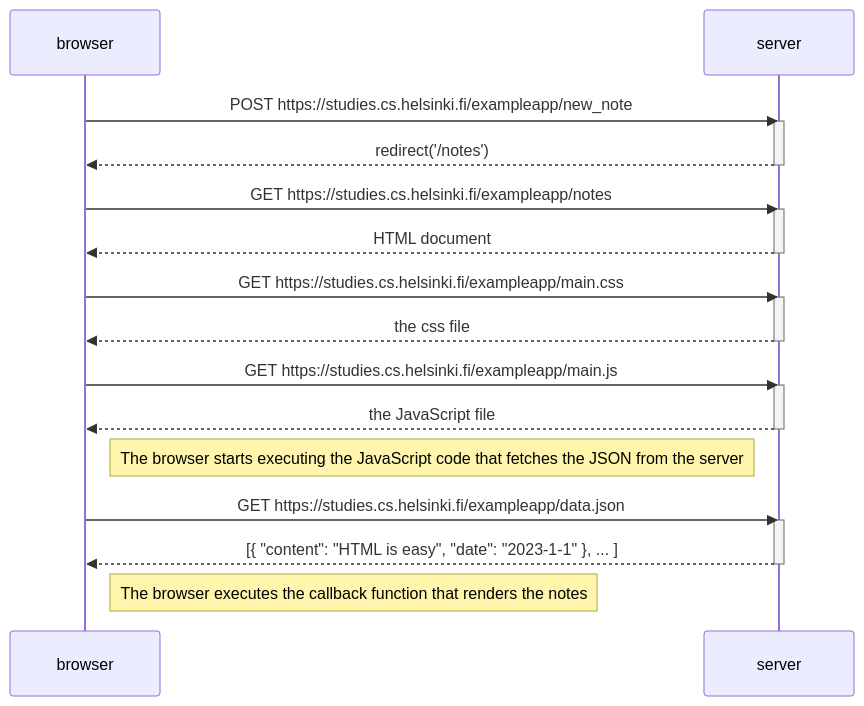
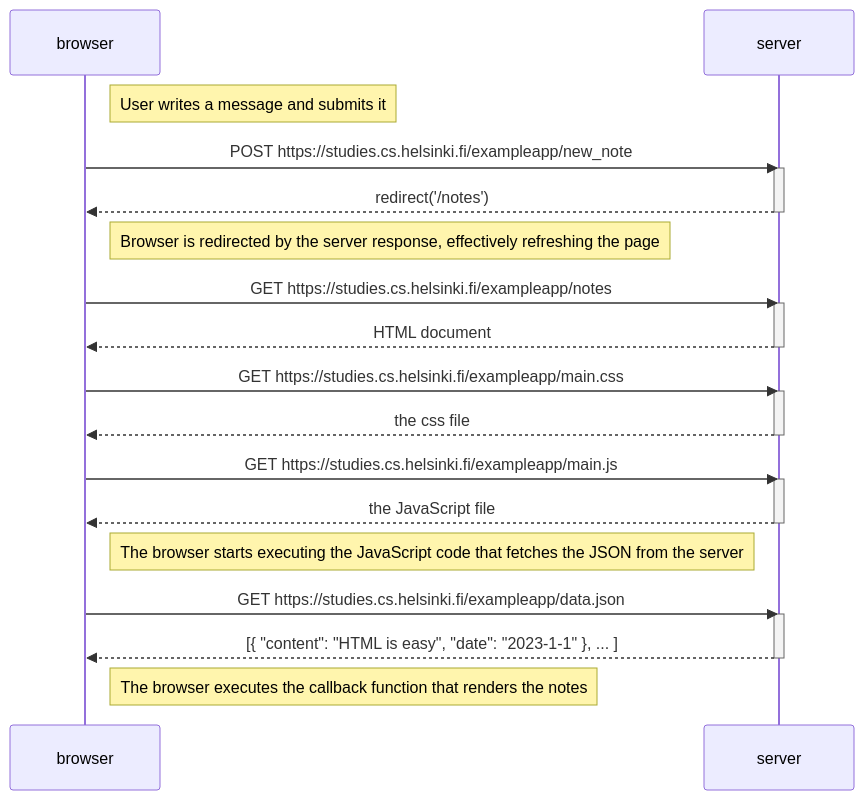
The diagram in osa0/0.4.md (tomssulisko/helsinki-full-stack-kurssi), drawn with Mermaid before and after one commit.

Commit message:
commenting 0.4

````diff
--- a/osa0/0.4.md
+++ b/osa0/0.4.md
@@ -1,34 +1,39 @@
 ```mermaid
 sequenceDiagram
     participant browser
     participant server
     
+
+    Note right of browser: User writes a message and submits it
+
     browser->>server: POST https://studies.cs.helsinki.fi/exampleapp/new_note
     activate server
     server-->>browser: redirect('/notes')
     deactivate server
     
+    Note right of browser: Browser is redirected by the server response, effectively refreshing the page
+
     browser->>server: GET https://studies.cs.helsinki.fi/exampleapp/notes
     activate server
     server-->>browser: HTML document
     deactivate server
 
     browser->>server: GET https://studies.cs.helsinki.fi/exampleapp/main.css
     activate server
     server-->>browser: the css file
     deactivate server
     
     browser->>server: GET https://studies.cs.helsinki.fi/exampleapp/main.js
     activate server
     server-->>browser: the JavaScript file
     deactivate server
     
     Note right of browser: The browser starts executing the JavaScript code that fetches the JSON from the server
     
     browser->>server: GET https://studies.cs.helsinki.fi/exampleapp/data.json
     activate server
     server-->>browser: [{ "content": "HTML is easy", "date": "2023-1-1" }, ... ]
     deactivate server    
 
     Note right of browser: The browser executes the callback function that renders the notes
 ```
````
